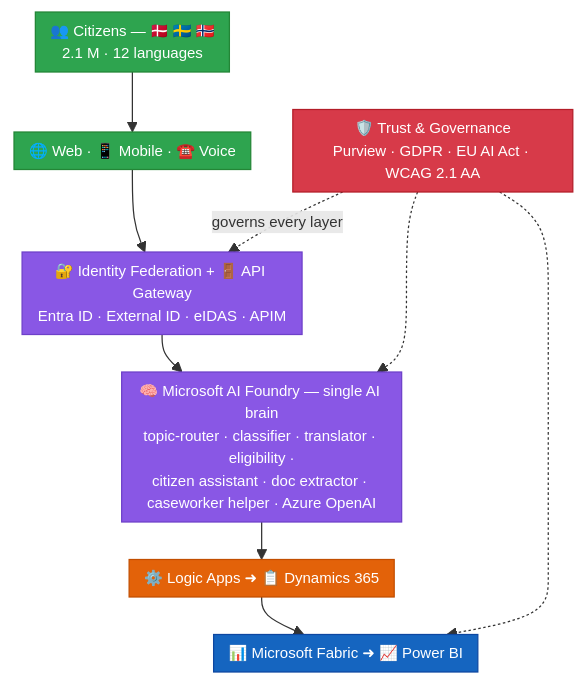
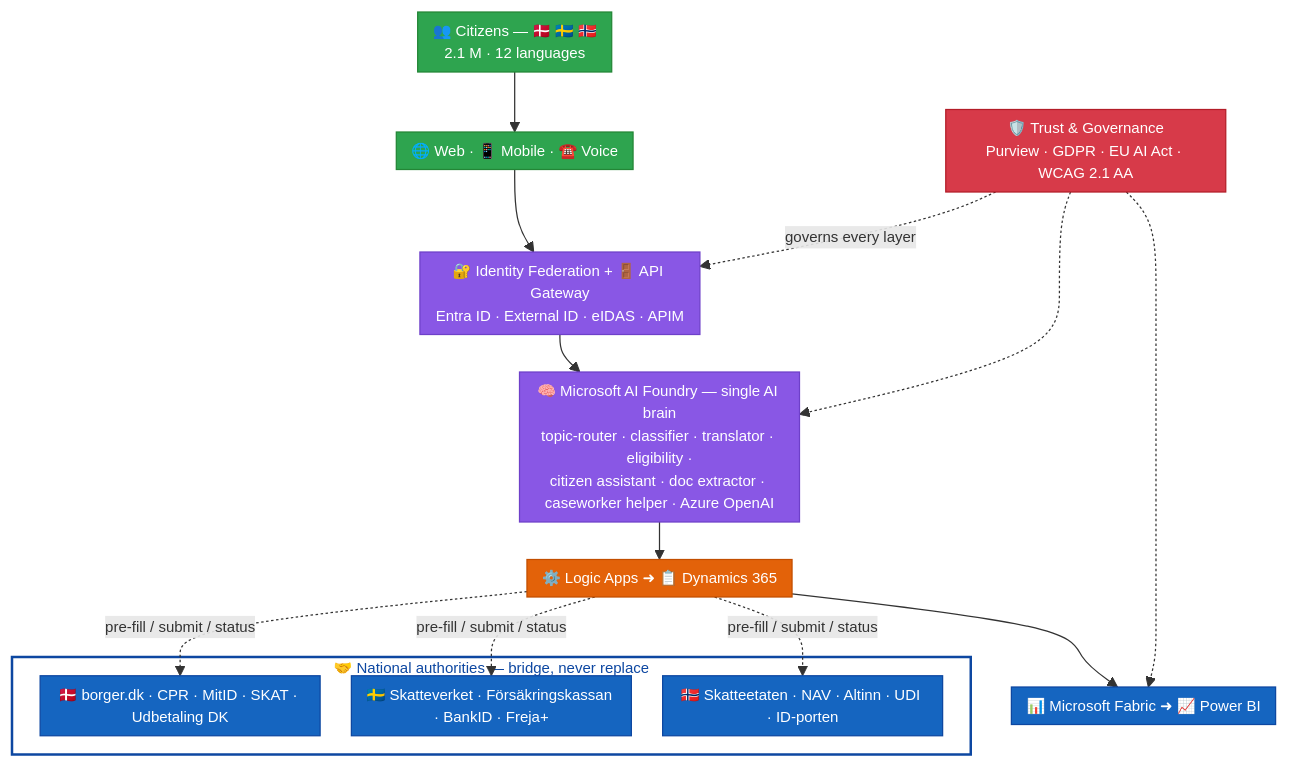
Before and after one commit to fredgis/UDCSP: the first of 5 diagrams in README.md, drawn with Mermaid. The commit also changed other lines of this file and 2 other files, not shown here.

````diff
--- a/README.md
+++ b/README.md
@@ -43,24 +44,37 @@
 ```mermaid
 %%{ init: { 'flowchart': { 'nodeSpacing': 25, 'rankSpacing': 30, 'padding': 6 }, 'themeVariables': { 'fontSize': '12px' } } }%%
 graph TB
     Citizens["👥 Citizens — 🇩🇰 🇸🇪 🇳🇴<br/>2.1 M · 12 languages"]
     Channels["🌐 Web · 📱 Mobile · ☎️ Voice"]
     Edge["🔐 Identity Federation + 🚪 API Gateway<br/>Entra ID · External ID · eIDAS · APIM"]
     Foundry["🧠 Microsoft AI Foundry — single AI brain<br/>topic-router · classifier · translator · eligibility ·<br/>citizen assistant · doc extractor · caseworker helper · Azure OpenAI"]
     Process["⚙️ Logic Apps  ➜  📋 Dynamics 365"]
     Data["📊 Microsoft Fabric  ➜  📈 Power BI"]
     Governance["🛡️ Trust &amp; Governance<br/>Purview · GDPR · EU AI Act · WCAG 2.1 AA"]
 
+    subgraph National["🤝 National authorities — bridge, never replace"]
+        DKAuth["🇩🇰 borger.dk · CPR · MitID · SKAT · Udbetaling DK"]
+        SEAuth["🇸🇪 Skatteverket · Försäkringskassan · BankID · Freja+"]
+        NOAuth["🇳🇴 Skatteetaten · NAV · Altinn · UDI · ID-porten"]
+    end
+
     Citizens --> Channels --> Edge --> Foundry --> Process --> Data
+    Process -. pre-fill / submit / status .-> DKAuth
+    Process -. pre-fill / submit / status .-> SEAuth
+    Process -. pre-fill / submit / status .-> NOAuth
     Governance -. governs every layer .-> Edge
     Governance -.-> Foundry
     Governance -.-> Data
 
     style Citizens fill:#2ea44f,stroke:#238636,color:#fff
     style Channels fill:#2ea44f,stroke:#238636,color:#fff
     style Edge fill:#8957e5,stroke:#6e40c9,color:#fff
     style Foundry fill:#8957e5,stroke:#6e40c9,color:#fff
     style Process fill:#e36209,stroke:#c24e00,color:#fff
     style Data fill:#1565c0,stroke:#0d47a1,color:#fff
     style Governance fill:#d73a49,stroke:#b31d28,color:#fff
+    style National fill:transparent,stroke:#0d47a1,stroke-width:2px,color:#0d47a1
+    style DKAuth fill:#1565c0,stroke:#0d47a1,color:#fff
+    style SEAuth fill:#1565c0,stroke:#0d47a1,color:#fff
+    style NOAuth fill:#1565c0,stroke:#0d47a1,color:#fff
 ```
````
